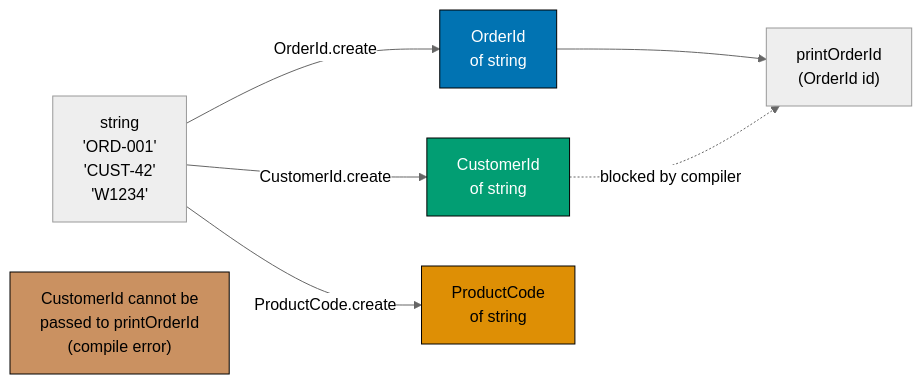
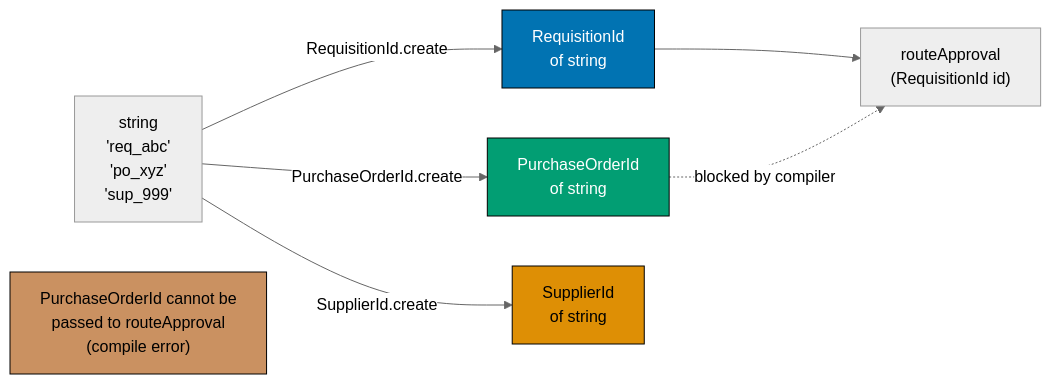
One commit to wahidyankf/open-sharia-enterprise changed the second of 3 diagrams in apps/ayokoding-web/content/en/learn/software-engineering/architecture/domain-driven-design-ddd/fp-by-example/beginner.md. Above: the diagram before and after it, drawn with Mermaid (neutral theme). The commit also changed other lines of this file and 38 other files, not shown here.

First line of the commit message:
docs(ayokoding-web): unify architecture tutorials on shared P2P domain

````diff
--- a/apps/ayokoding-web/content/en/learn/software-engineering/architecture/domain-driven-design-ddd/fp-by-example/beginner.md
+++ b/apps/ayokoding-web/content/en/learn/software-engineering/architecture/domain-driven-design-ddd/fp-by-example/beginner.md
@@ -411,22 +399,22 @@
 ```mermaid
 graph LR
-    Raw["string\n'ORD-001'\n'CUST-42'\n'W1234'"]
-    OI["OrderId\nof string"]
-    CI["CustomerId\nof string"]
-    PC["ProductCode\nof string"]
+    Raw["string\n'req_abc'\n'po_xyz'\n'sup_999'"]
+    RI["RequisitionId\nof string"]
+    PI["PurchaseOrderId\nof string"]
+    SI["SupplierId\nof string"]
 
-    Raw -- "OrderId.create" --> OI
-    Raw -- "CustomerId.create" --> CI
-    Raw -- "ProductCode.create" --> PC
+    Raw -- "RequisitionId.create" --> RI
+    Raw -- "PurchaseOrderId.create" --> PI
+    Raw -- "SupplierId.create" --> SI
 
-    Fn["printOrderId\n(OrderId id)"]
-    OI --> Fn
+    Fn["routeApproval\n(RequisitionId id)"]
+    RI --> Fn
 
-    note1["CustomerId cannot be\npassed to printOrderId\n(compile error)"]
-    CI -. "blocked by compiler" .-> Fn
+    note1["PurchaseOrderId cannot be\npassed to routeApproval\n(compile error)"]
+    PI -. "blocked by compiler" .-> Fn
 
-    style OI fill:#0173B2,stroke:#000,color:#fff
-    style CI fill:#029E73,stroke:#000,color:#fff
-    style PC fill:#DE8F05,stroke:#000,color:#000
+    style RI fill:#0173B2,stroke:#000,color:#fff
+    style PI fill:#029E73,stroke:#000,color:#fff
+    style SI fill:#DE8F05,stroke:#000,color:#000
     style note1 fill:#CA9161,stroke:#000,color:#000
 ```
````
